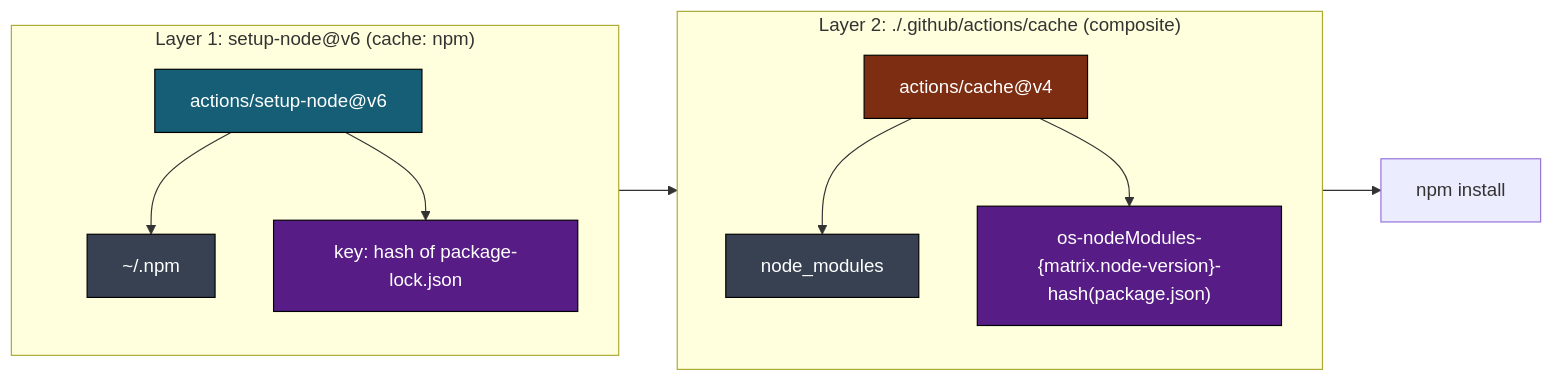
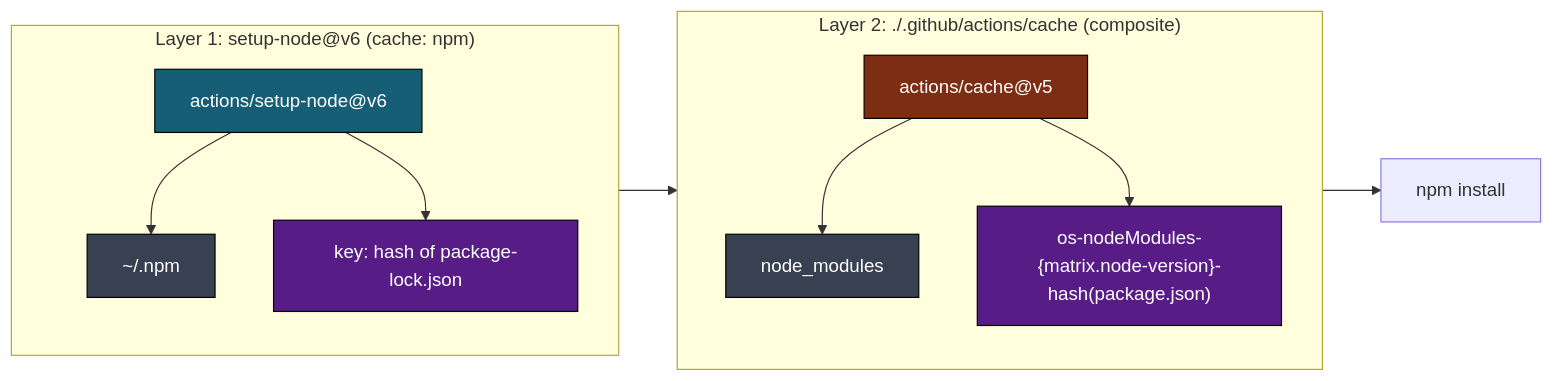
One commit to llm-exe/llm-exe changed the fifth of 9 diagrams in .github/docs/TESTS_DEEP_DIVE.md. Above: the diagram before and after it, drawn with Mermaid. The commit also changed other lines of this file and 19 other files, not shown here.

````diff
--- a/.github/docs/TESTS_DEEP_DIVE.md
+++ b/.github/docs/TESTS_DEEP_DIVE.md
@@ -206,26 +206,26 @@
 ```mermaid
 flowchart LR
     classDef builtin fill:#155e75,color:#fff,stroke:#000
     classDef comp fill:#7c2d12,color:#fff,stroke:#000
     classDef path fill:#374151,color:#fff,stroke:#000
     classDef key fill:#581c87,color:#fff,stroke:#000
 
     subgraph L1["Layer 1: setup-node@v6 (cache: npm)"]
         l1act["actions/setup-node@v6"]:::builtin
         l1path["~/.npm"]:::path
         l1key["key: hash of package-lock.json"]:::key
         l1act --> l1path
         l1act --> l1key
     end
 
     subgraph L2["Layer 2: ./.github/actions/cache (composite)"]
-        l2b["actions/cache@v4"]:::comp
+        l2b["actions/cache@v5"]:::comp
         l2bp["node_modules"]:::path
         l2bk["os-nodeModules-{matrix.node-version}-hash(package.json)"]:::key
         l2b --> l2bp
         l2b --> l2bk
     end
 
     L1 --> L2
     L2 --> npmi[npm install]
 ```
````
